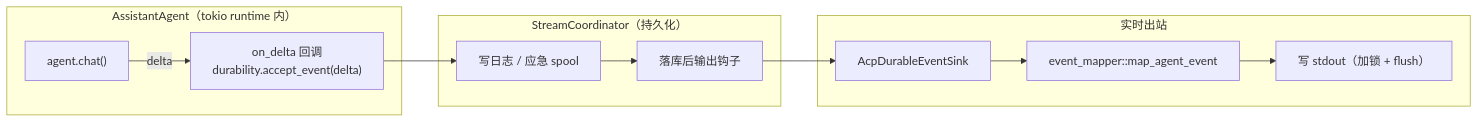
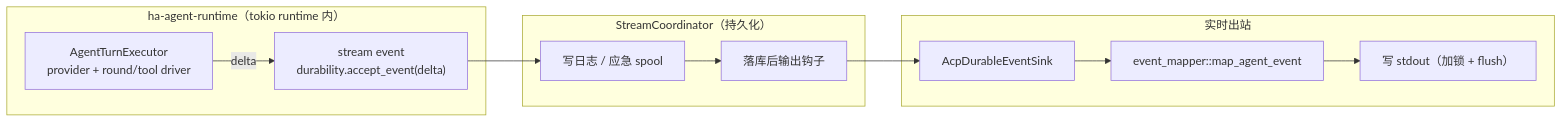
The eighth of 10 diagrams in docs/architecture/integration/acp.md (shiwenwen/hope-agent), drawn with Mermaid before and after one commit. The commit also changed other lines of this file and 230 other files, not shown here.

````diff
--- a/docs/architecture/integration/acp.md
+++ b/docs/architecture/integration/acp.md
@@ -348,18 +350,18 @@
 ```mermaid
 graph LR
-    subgraph AGENT["AssistantAgent（tokio runtime 内）"]
-        CHAT["agent.chat()"]
-        CB["on_delta 回调<br/>durability.accept_event(delta)"]
+    subgraph AGENT["ha-agent-runtime（tokio runtime 内）"]
+        CHAT["AgentTurnExecutor<br/>provider + round/tool driver"]
+        CB["stream event<br/>durability.accept_event(delta)"]
     end
     subgraph DURA["StreamCoordinator（持久化）"]
         JOURNAL["写日志 / 应急 spool"]
         HOOK["落库后输出钩子"]
     end
     subgraph OUT["实时出站"]
         SINK["AcpDurableEventSink"]
         MAP["event_mapper::map_agent_event"]
         STDOUT["写 stdout（加锁 + flush）"]
     end
 
     CHAT -- delta --> CB --> JOURNAL --> HOOK --> SINK --> MAP --> STDOUT
 ```
````
